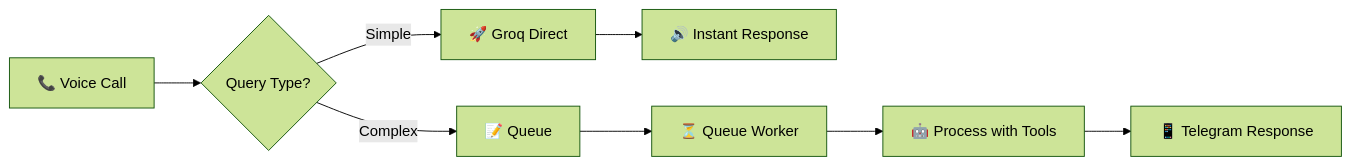
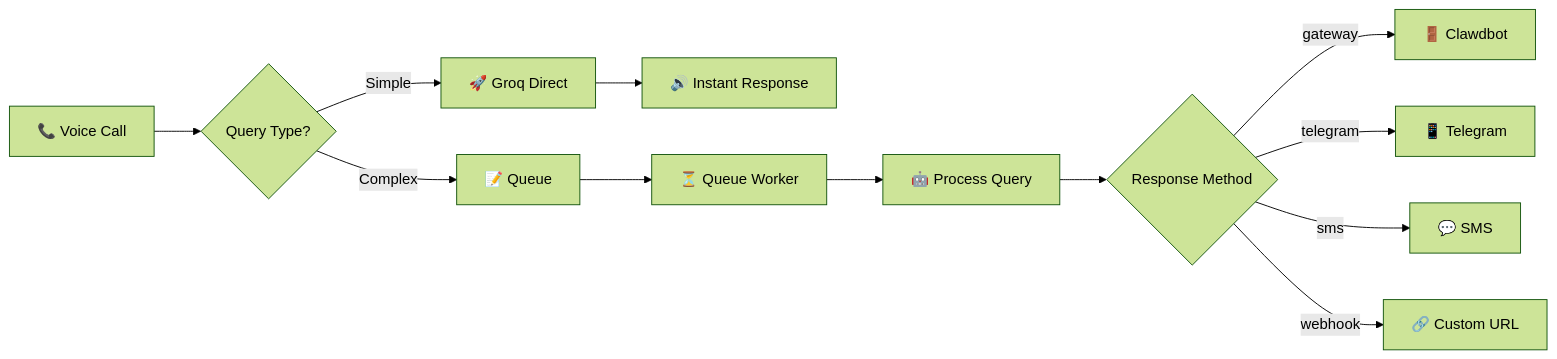
The fifth of 5 diagrams in README.md (CodaLabs-xyz/openclaw-twilio-voice-skill), drawn with Mermaid (forest theme) before and after one commit. The commit also changed other lines of this file and 2 other files, not shown here.

First line of the commit message:
feat: multi-channel async response support

````diff
--- a/README.md
+++ b/README.md
@@ -444,10 +456,14 @@
 ```mermaid
 graph LR
     A["📞 Voice Call"] --> B{"Query Type?"}
     B -->|Simple| C["🚀 Groq Direct"]
     C --> D["🔊 Instant Response"]
     B -->|Complex| E["📝 Queue"]
     E --> F["⏳ Queue Worker"]
-    F --> G["🤖 Process with Tools"]
-    G --> H["📱 Telegram Response"]
+    F --> G["🤖 Process Query"]
+    G --> H{"Response Method"}
+    H -->|gateway| I["🚪 Clawdbot"]
+    H -->|telegram| J["📱 Telegram"]
+    H -->|sms| K["💬 SMS"]
+    H -->|webhook| L["🔗 Custom URL"]
 ```
````
